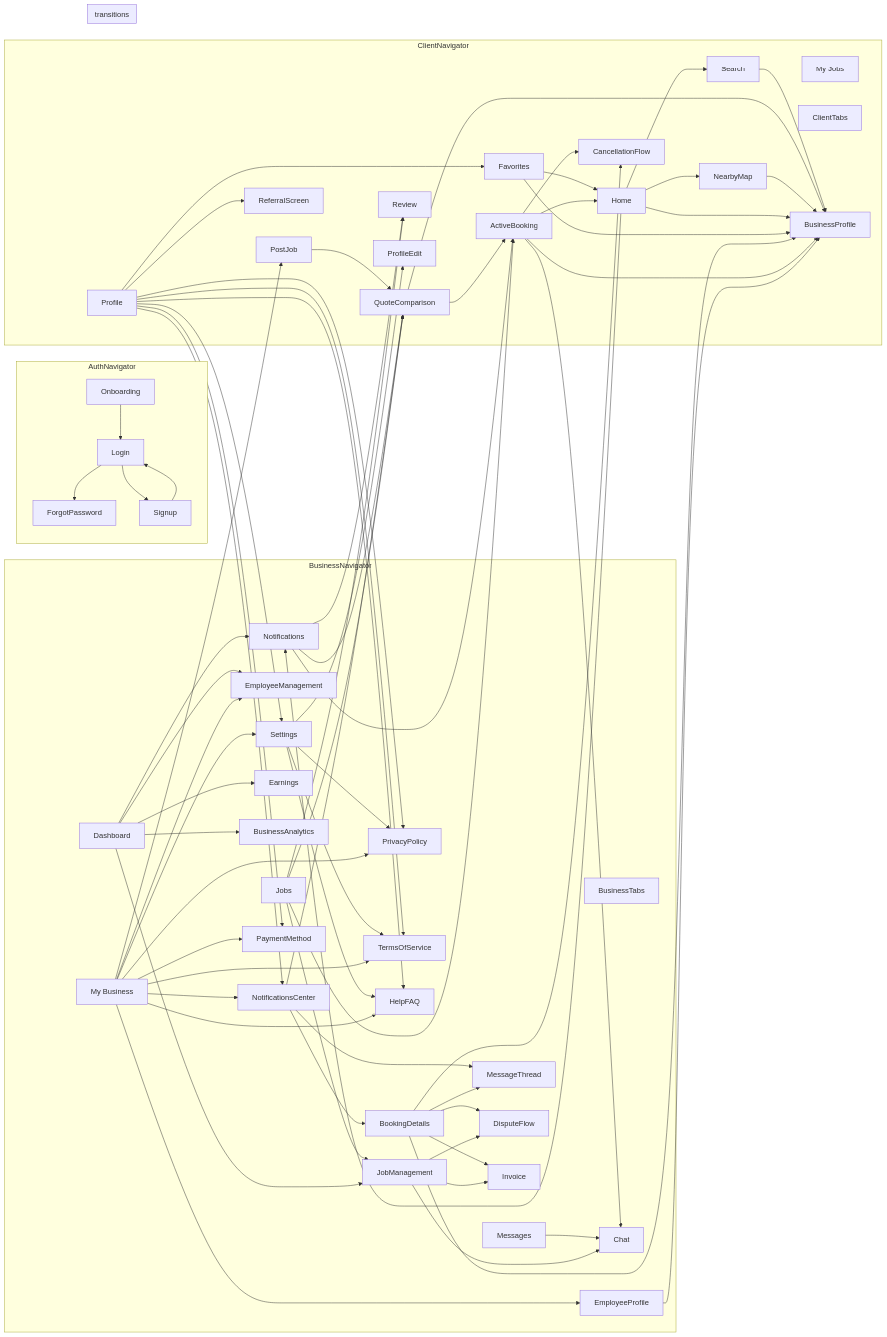
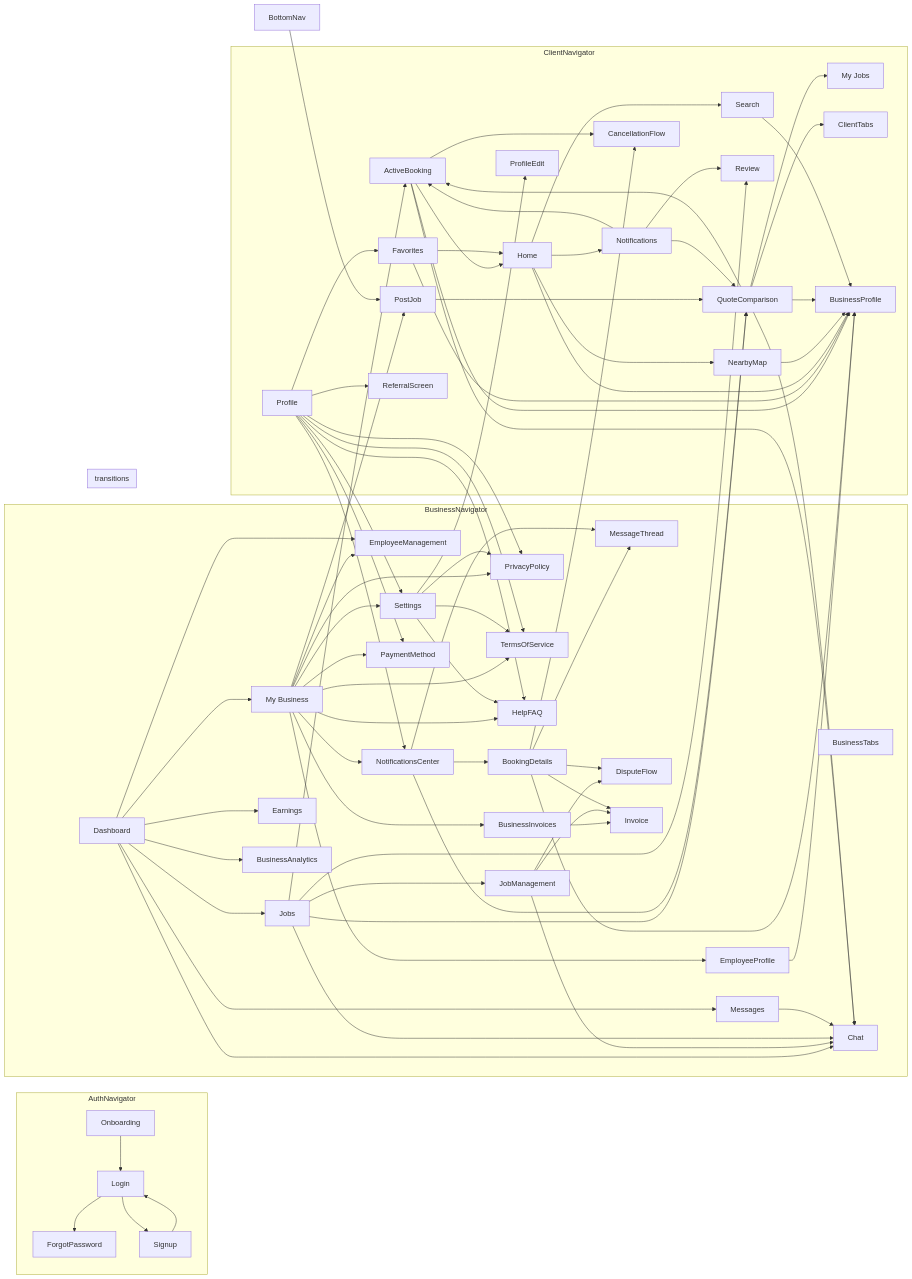
One commit to 4alkubati/SWINGBY changed the diagram in docs/FLOW_GRAPH.md. Above: the diagram before and after it, drawn with Mermaid. The commit also changed other lines of this file and 84 other files, not shown here.

````diff
--- a/docs/FLOW_GRAPH.md
+++ b/docs/FLOW_GRAPH.md
@@ -25,7 +25,6 @@
     Chat["Chat"]
     EmployeeManagement["EmployeeManagement"]
     EmployeeProfile["EmployeeProfile"]
-    Notifications["Notifications"]
     Earnings["Earnings"]
     BusinessAnalytics["BusinessAnalytics"]
     Settings["Settings"]
@@ -38,6 +37,7 @@
     PaymentMethod["PaymentMethod"]
     DisputeFlow["DisputeFlow"]
     Invoice["Invoice"]
+    BusinessInvoices["BusinessInvoices"]
   end
   subgraph ClientNavigator
     Home["Home"]
@@ -75,28 +75,32 @@
   Login --> ForgotPassword
   Login --> Signup
   Signup --> Login
+  BusinessInvoices --> Invoice
   My_Business --> EmployeeManagement
   My_Business --> EmployeeProfile
   My_Business --> NotificationsCenter
   My_Business --> PaymentMethod
+  My_Business --> BusinessInvoices
   My_Business --> Settings
   My_Business --> HelpFAQ
   My_Business --> PrivacyPolicy
   My_Business --> TermsOfService
   My_Business --> PostJob
-  Dashboard --> Notifications
+  Dashboard --> Jobs
+  Dashboard --> Messages
+  Dashboard --> My_Business
   Dashboard --> Earnings
   Dashboard --> BusinessAnalytics
   Dashboard --> EmployeeManagement
-  Dashboard --> JobManagement
+  Dashboard --> Chat
   EmployeeProfile --> BusinessProfile
   JobManagement --> Chat
   JobManagement --> Invoice
   JobManagement --> DisputeFlow
   ActiveBooking --> Home
   ActiveBooking --> BusinessProfile
+  ActiveBooking --> Chat
   ActiveBooking --> CancellationFlow
-  ActiveBooking --> Chat
   BookingDetails --> MessageThread
   BookingDetails --> CancellationFlow
   BookingDetails --> BusinessProfile
@@ -111,11 +115,15 @@
   Jobs --> ActiveBooking
   Jobs --> JobManagement
   Jobs --> QuoteComparison
+  Jobs --> Chat
   Jobs --> Review
   NearbyMap --> BusinessProfile
   PostJob --> QuoteComparison
   QuoteComparison --> ActiveBooking
+  QuoteComparison --> ClientTabs
+  QuoteComparison --> My_Jobs
   QuoteComparison --> BusinessProfile
+  QuoteComparison --> Chat
   Search --> BusinessProfile
   Messages --> Chat
   Onboarding --> Login
@@ -137,4 +145,5 @@
   Settings --> PrivacyPolicy
   Settings --> TermsOfService
   Settings --> HelpFAQ
+  BottomNav --> PostJob
 ```
````
